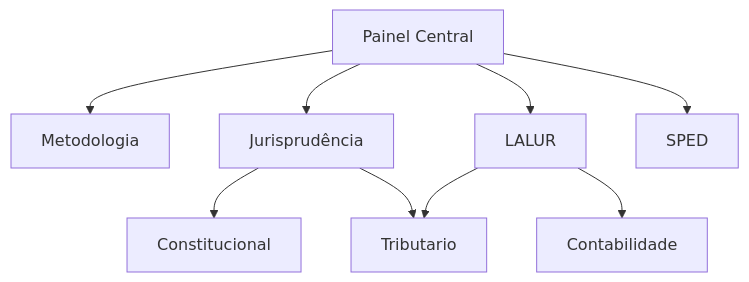
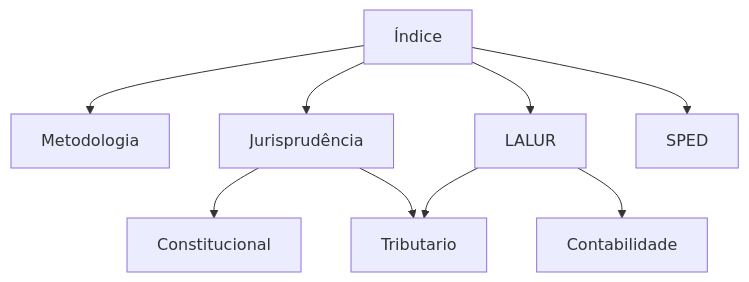
One commit to VGViana/Controle changed the diagram in 00 - Painel Geral Fiscal/Fiscal.md. Above: the diagram before and after it, drawn with Mermaid. The commit also changed other lines of this file and 1 other file, not shown here.

````diff
--- a/00 - Painel Geral Fiscal/Fiscal.md
+++ b/00 - Painel Geral Fiscal/Fiscal.md
@@ -58,11 +55,11 @@
 ```mermaid
 graph TD
-  Central[Painel Central] --> Metodologia[Metodologia]
+  Central[Índice] --> Metodologia[Metodologia]
   Central --> Jurisprudencia[Jurisprudência]
   Central --> LALUR[LALUR]
   Central --> SPED[SPED]
   LALUR --> Contabilidade
   LALUR --> Tributario
   Jurisprudencia --> Tributario
   Jurisprudencia --> Constitucional
 ```
````
